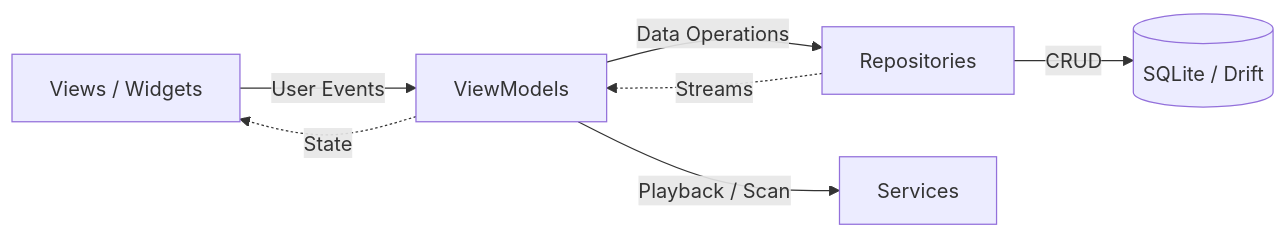
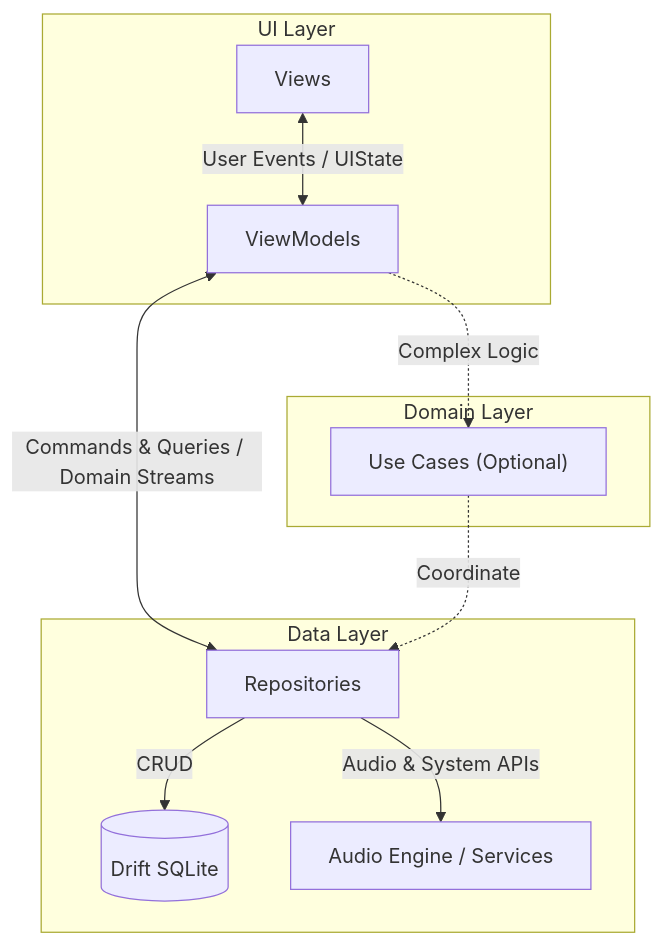
The diagram in docs/architecture.md (jpangestu/nordplayer), drawn with Mermaid before and after one commit. The commit also changed other lines of this file and 18 other files, not shown here.

First line of the commit message:
Update architecture doc, pub upgrade, and decouple viewmodels from services via repositories

````diff
--- a/docs/architecture.md
+++ b/docs/architecture.md
@@ -5,9 +5,22 @@
 ```mermaid
-graph LR
-    View[Views / Widgets] -->|User Events| VM[ViewModels]
-    VM -->|Data Operations| Repo[Repositories]
-    VM -->|Playback / Scan| Services[Services]
-    Repo -->|CRUD| DB[(SQLite / Drift)]
-    Repo -.->|Streams| VM
-    VM -.->|State| View
+graph TD
+    subgraph UI Layer
+        View[Views] <-->|User Events / UIState| VM[ViewModels]
+    end
+
+    subgraph Domain Layer
+        UC["Use Cases (Optional)"]
+    end
+
+    subgraph Data Layer
+        Repo[Repositories]
+        DB[(Drift SQLite)]
+        Services[Audio Engine / Services]
+    end
+
+    VM <-->|Commands & Queries / Domain Streams| Repo
+    VM -.->|Complex Logic| UC
+    UC -.->|Coordinate| Repo
+    Repo -->|CRUD| DB
+    Repo -->|Audio & System APIs| Services
 ```
````
